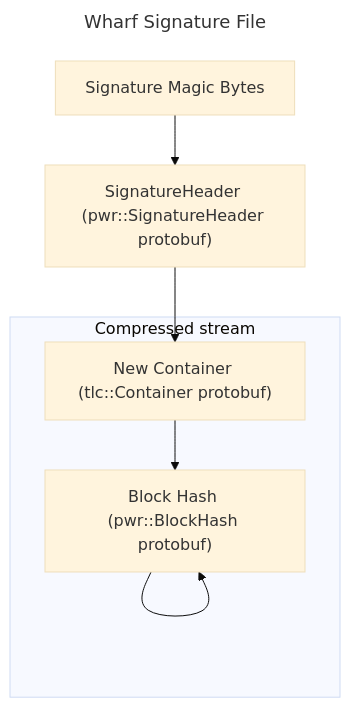
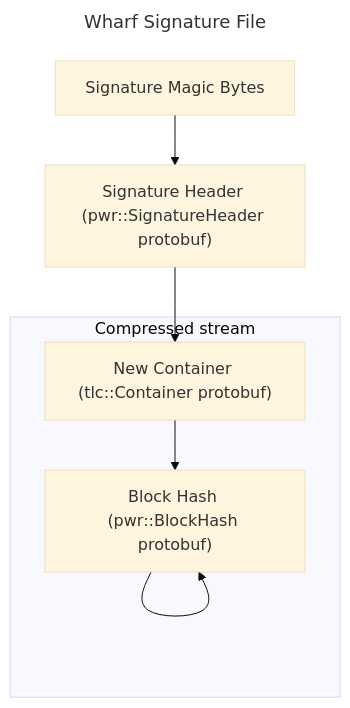
The diagram in docs/wharf/file_formats/signature.md (Vidi0/scratch-io), drawn with Mermaid (base theme) before and after one commit.

Commit message:
Fix typo in signature

````diff
--- a/docs/wharf/file_formats/signature.md
+++ b/docs/wharf/file_formats/signature.md
@@ -1,12 +1,12 @@
 ```mermaid
 ---
 title: Wharf Signature File
 ---
 flowchart TB
-    Magic["Signature Magic Bytes"] --> SignatureHeader["SignatureHeader (pwr::SignatureHeader protobuf)"]
+    Magic["Signature Magic Bytes"] --> SignatureHeader["Signature Header (pwr::SignatureHeader protobuf)"]
     SignatureHeader --> ContainerNew
     subgraph Compressed["Compressed stream"]
         ContainerNew["New Container (tlc::Container protobuf)"] --> BlockHash["Block Hash (pwr::BlockHash protobuf)"]
         BlockHash --> BlockHash
     end
 ```
````
